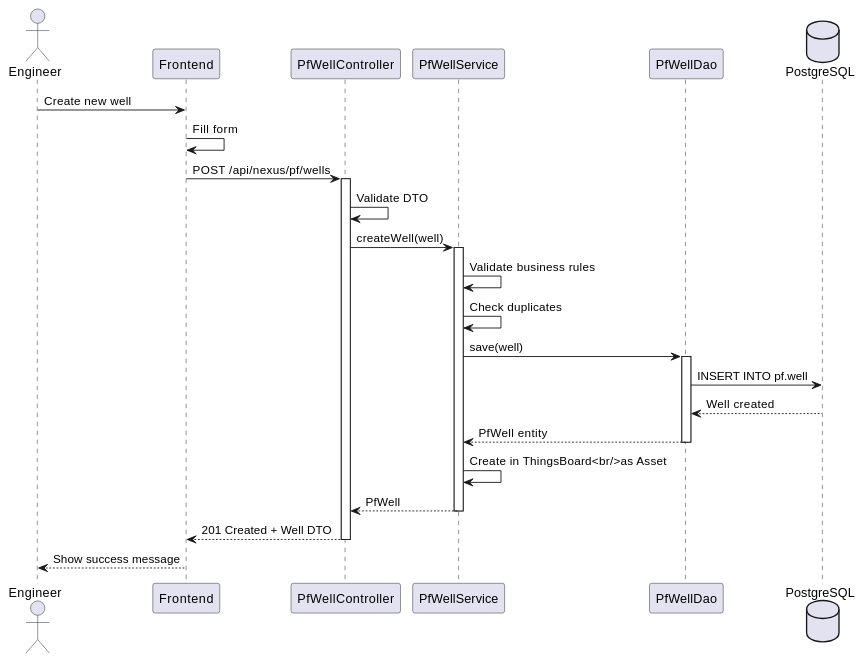
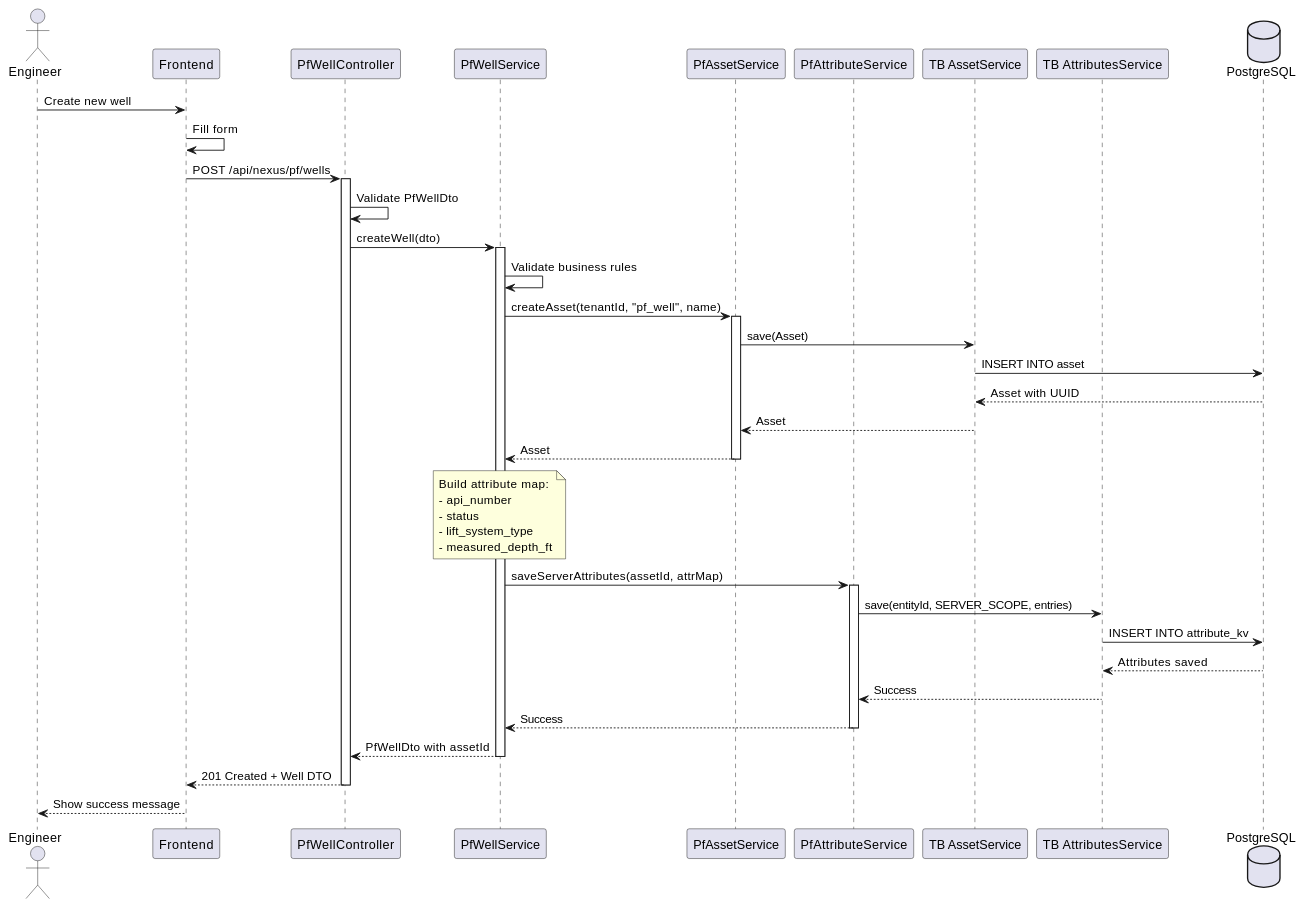
Before and after one commit to diazhh/nexus: diagram 13 of 23 in dev/op/DIAGRAMS.md, drawn with PlantUML. The commit also changed other lines of this file and 109 other files, not shown here.

````diff
--- a/dev/op/DIAGRAMS.md
+++ b/dev/op/DIAGRAMS.md
@@ -443,38 +667,53 @@
 ```plantuml
 @startuml
 actor Engineer
 participant "Frontend" as UI
 participant "PfWellController" as Controller
 participant "PfWellService" as Service
-participant "PfWellDao" as DAO
+participant "PfAssetService" as AssetSvc
+participant "PfAttributeService" as AttrSvc
+participant "TB AssetService" as TBAsset
+participant "TB AttributesService" as TBAttr
 database "PostgreSQL" as DB
 
 Engineer -> UI: Create new well
 UI -> UI: Fill form
 UI -> Controller: POST /api/nexus/pf/wells
 activate Controller
 
-Controller -> Controller: Validate DTO
-Controller -> Service: createWell(well)
+Controller -> Controller: Validate PfWellDto
+Controller -> Service: createWell(dto)
 activate Service
 
 Service -> Service: Validate business rules
-Service -> Service: Check duplicates
-Service -> DAO: save(well)
-activate DAO
+Service -> AssetSvc: createAsset(tenantId, "pf_well", name)
+activate AssetSvc
 
-DAO -> DB: INSERT INTO pf.well
-DB --> DAO: Well created
-DAO --> Service: PfWell entity
-deactivate DAO
+AssetSvc -> TBAsset: save(Asset)
+TBAsset -> DB: INSERT INTO asset
+DB --> TBAsset: Asset with UUID
+TBAsset --> AssetSvc: Asset
+AssetSvc --> Service: Asset
+deactivate AssetSvc
 
-Service -> Service: Create in ThingsBoard<br/>as Asset
-Service --> Controller: PfWell
+note over Service: Build attribute map:\n- api_number\n- status\n- lift_system_type\n- measured_depth_ft
+
+Service -> AttrSvc: saveServerAttributes(assetId, attrMap)
+activate AttrSvc
+
+AttrSvc -> TBAttr: save(entityId, SERVER_SCOPE, entries)
+TBAttr -> DB: INSERT INTO attribute_kv
+DB --> TBAttr: Attributes saved
+TBAttr --> AttrSvc: Success
+AttrSvc --> Service: Success
+deactivate AttrSvc
+
+Service --> Controller: PfWellDto with assetId
 deactivate Service
 
 Controller --> UI: 201 Created + Well DTO
 deactivate Controller
 UI --> Engineer: Show success message
 
 @enduml
 ```
````
